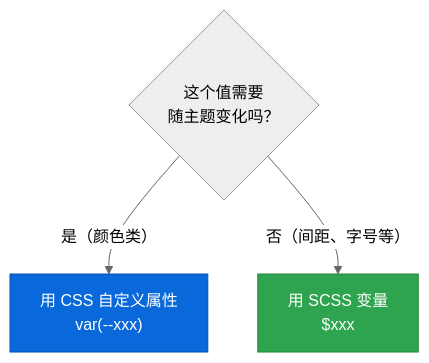
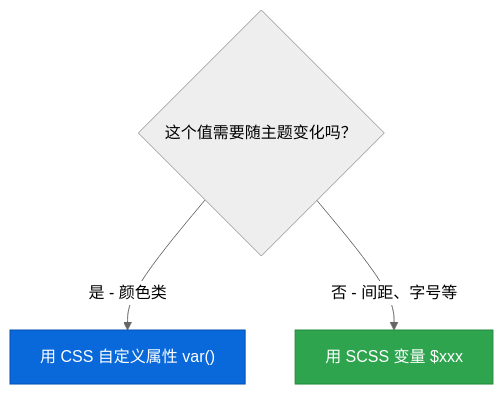
Before and after one commit to Cleam/primer-css: the fifth of 5 diagrams in learn/04-design-tokens.md, drawn with Mermaid (neutral theme). The commit also changed other lines of this file and 10 other files, not shown here.

First line of the commit message:
Fix mermaid diagram syntax for GitHub rendering compatibility

````diff
--- a/learn/04-design-tokens.md
+++ b/learn/04-design-tokens.md
@@ -287,9 +287,9 @@
 ```mermaid
 graph TB
-    A{"这个值需要<br/>随主题变化吗？"}
-    A -->|"是（颜色类）"| B["用 CSS 自定义属性<br/>var(--xxx)"]
-    A -->|"否（间距、字号等）"| C["用 SCSS 变量<br/>$xxx"]
+    A{"这个值需要随主题变化吗？"}
+    A -->|"是 - 颜色类"| B["用 CSS 自定义属性 var()"]
+    A -->|"否 - 间距、字号等"| C["用 SCSS 变量 $xxx"]
 
     style B fill:#0969da,stroke:#0550ae,color:#fff
     style C fill:#2ea44f,stroke:#218838,color:#fff
 ```
````
